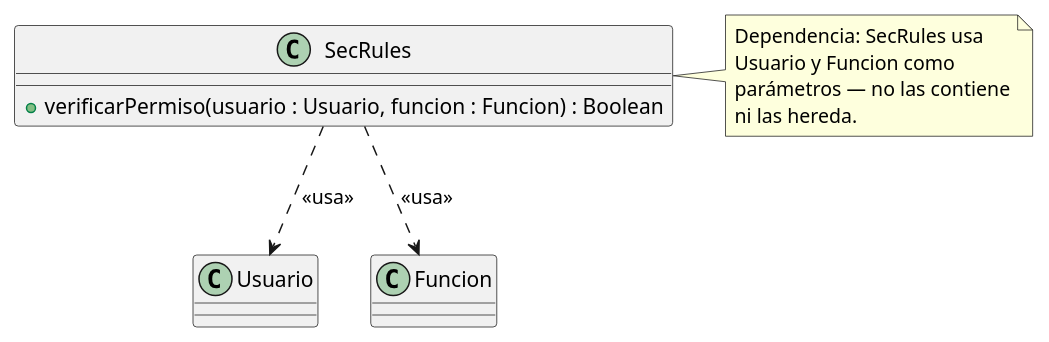
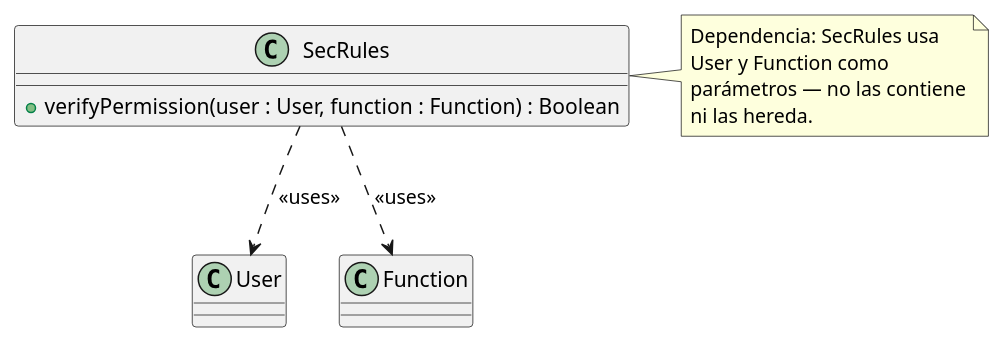
The diagram in source/requisitos/_metodologia-aplicacion/relaciones-uml/secrules-usa-funcion-uc-perm-07.rst (jcg-admin/IACT-docs), drawn with PlantUML before and after one commit. The commit also changed 19 other files, not shown here.

First line of the commit message:
Translate identifiers in B-C relaciones-uml/ (T-011..T-030)

```diff
--- a/source/requisitos/_metodologia-aplicacion/relaciones-uml/secrules-usa-funcion-uc-perm-07.rst
+++ b/source/requisitos/_metodologia-aplicacion/relaciones-uml/secrules-usa-funcion-uc-perm-07.rst
@@ -4,19 +4,19 @@
 .. uml::
 
    @startuml
 
    class SecRules {
-     + verificarPermiso(usuario : Usuario, funcion : Funcion) : Boolean
+     + verifyPermission(user : User, function : Function) : Boolean
    }
-   class Usuario
-   class Funcion
+   class User
+   class Function
 
-   SecRules ..> Usuario : <<usa>>
-   SecRules ..> Funcion : <<usa>>
+   SecRules ..> User : <<uses>>
+   SecRules ..> Function : <<uses>>
    note right of SecRules
      Dependencia: SecRules usa
-     Usuario y Funcion como
+     User y Function como
      parámetros — no las contiene
      ni las hereda.
    end note
    @enduml
```
